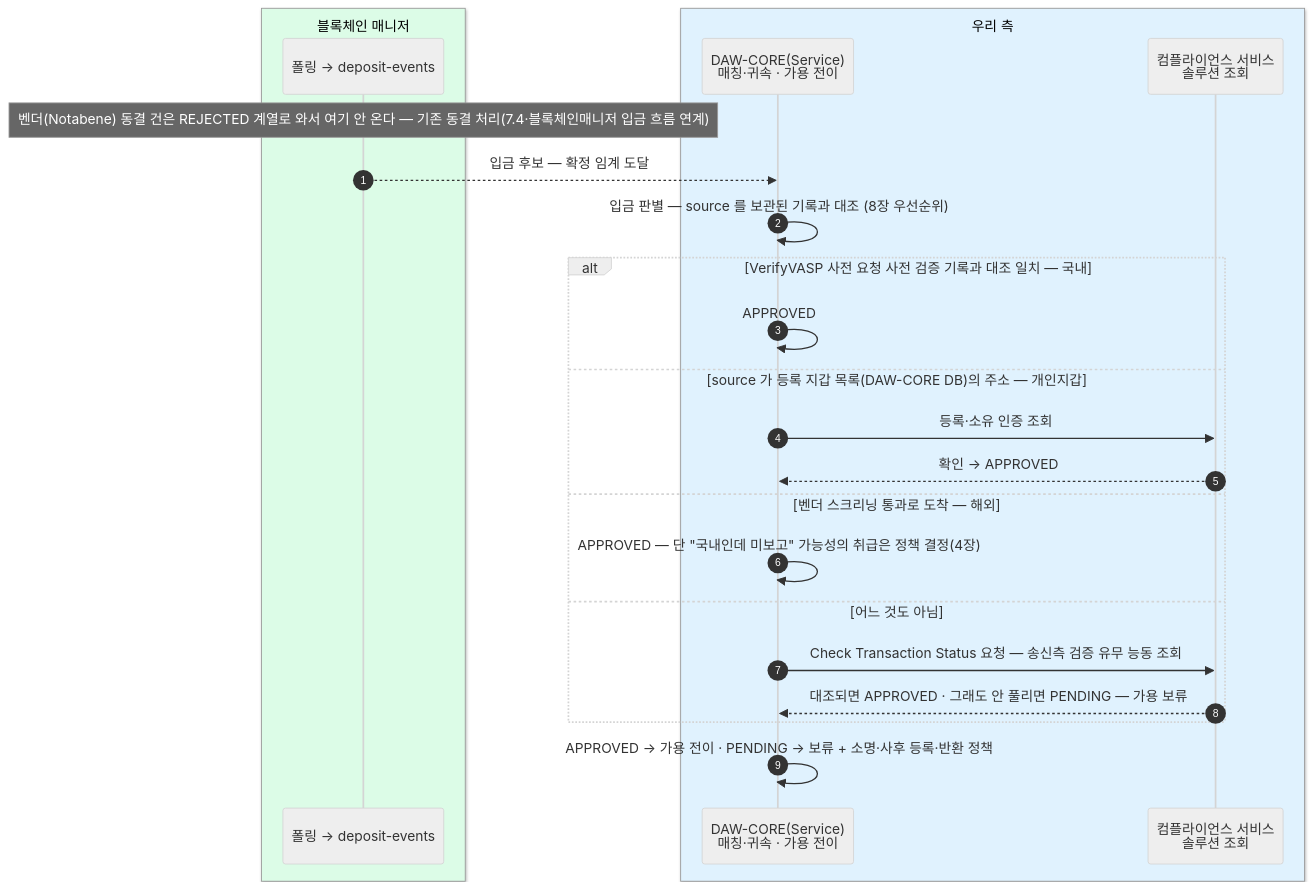
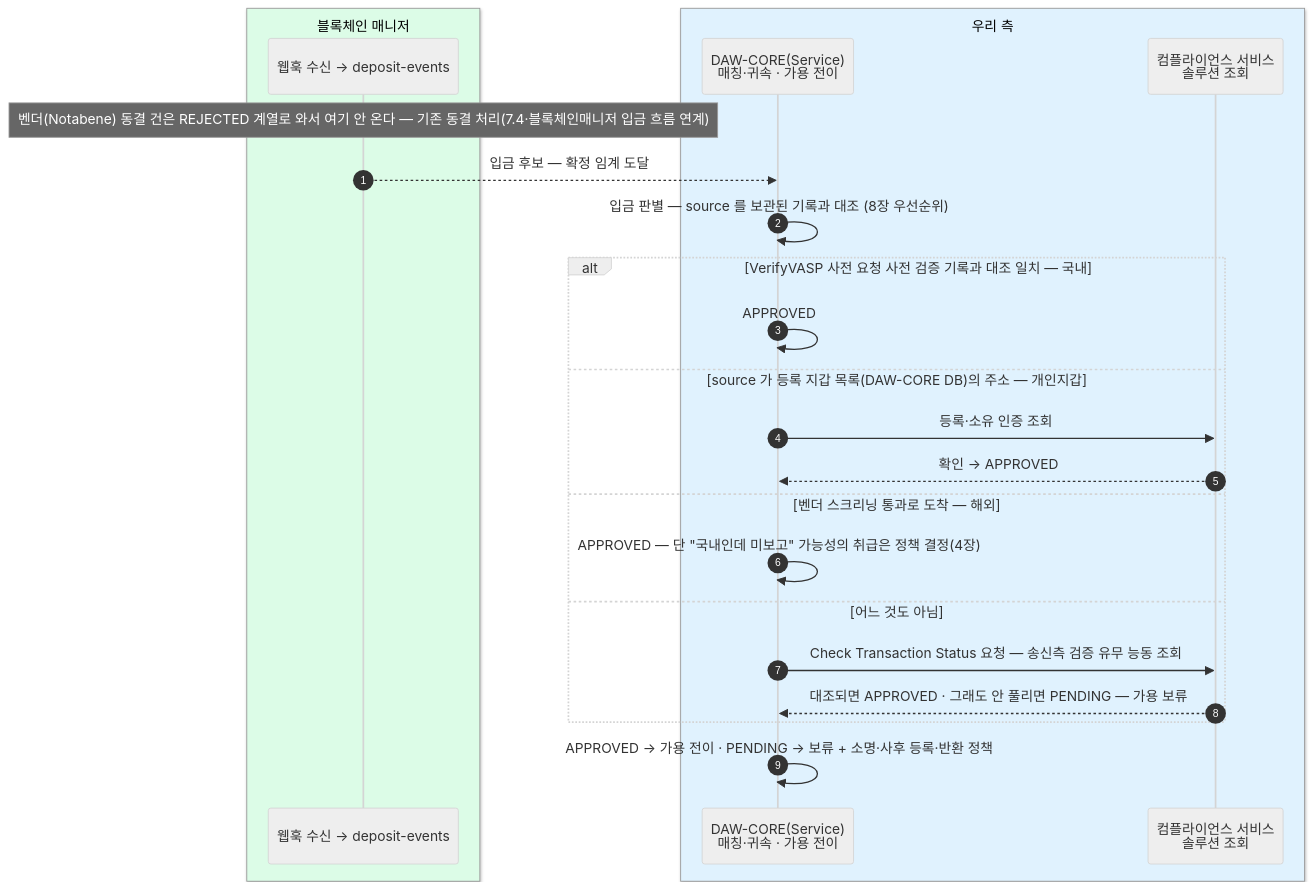
One commit to eunsujeo/eunpus changed the fifth of 11 diagrams in blockchain-manager/docs/트래블룰/설계/07-scenarios.md. Above: the diagram before and after it, drawn with Mermaid (neutral theme). The commit also changed other lines of this file and 31 other files, not shown here.

````diff
--- a/blockchain-manager/docs/트래블룰/설계/07-scenarios.md
+++ b/blockchain-manager/docs/트래블룰/설계/07-scenarios.md
@@ -224,27 +224,27 @@
 ```mermaid
 sequenceDiagram
     autonumber
     box rgb(220,252,231) 블록체인 매니저
-    participant BM as 폴링 → deposit-events
+    participant BM as 웹훅 수신 → deposit-events
     end
     box rgb(224,242,254) 우리 측
     participant BE as DAW-CORE(Service)<br/>매칭·귀속 · 가용 전이
     participant GT as 컴플라이언스 서비스<br/>솔루션 조회
     end
 
     Note over BM: 벤더(Notabene) 동결 건은 REJECTED 계열로 와서 여기 안 온다 — 기존 동결 처리(7.4·블록체인매니저 입금 흐름 연계)
     BM-->>BE: 입금 후보 — 확정 임계 도달
     BE->>BE: 입금 판별 — source 를 보관된 기록과 대조 (8장 우선순위)
     alt VerifyVASP 사전 요청 사전 검증 기록과 대조 일치 — 국내
         BE->>BE: APPROVED
     else source 가 등록 지갑 목록(DAW-CORE DB)의 주소 — 개인지갑
         BE->>GT: 등록·소유 인증 조회
         GT-->>BE: 확인 → APPROVED
     else 벤더 스크리닝 통과로 도착 — 해외
         BE->>BE: APPROVED — 단 "국내인데 미보고" 가능성의 취급은 정책 결정(4장)
     else 어느 것도 아님
         BE->>GT: Check Transaction Status 요청 — 송신측 검증 유무 능동 조회
         GT-->>BE: 대조되면 APPROVED · 그래도 안 풀리면 PENDING — 가용 보류
     end
     BE->>BE: APPROVED → 가용 전이 · PENDING → 보류 + 소명·사후 등록·반환 정책
 ```
````
